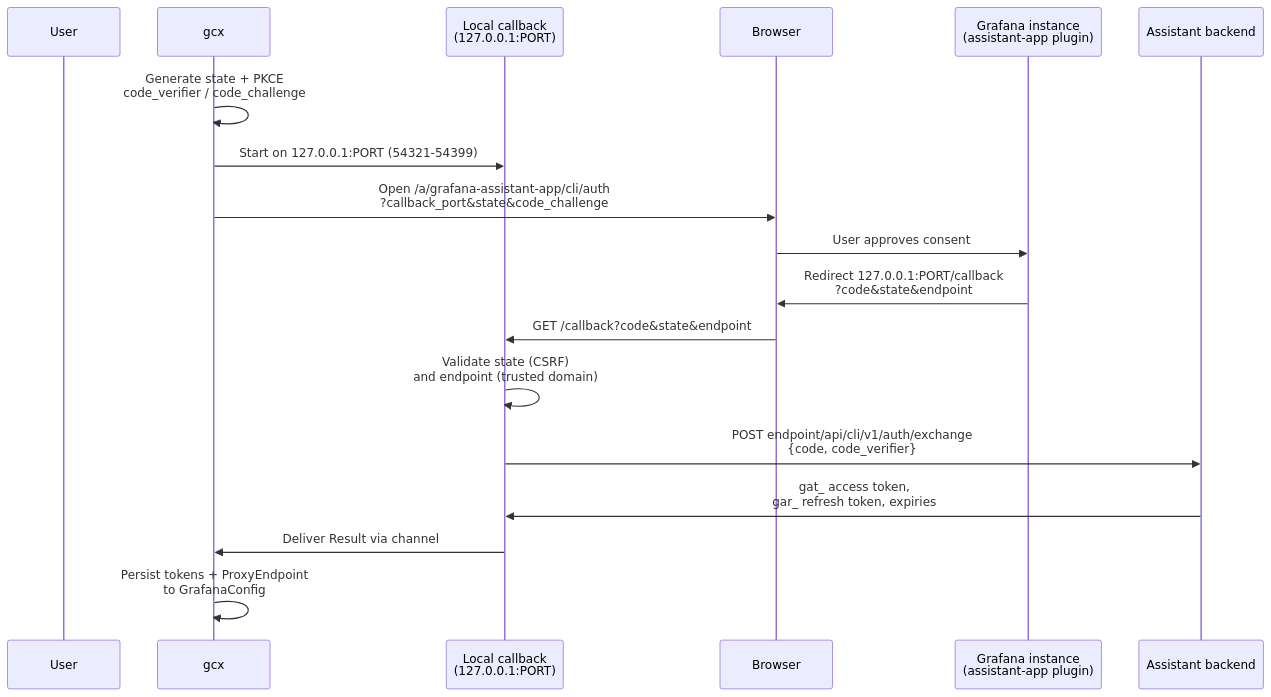
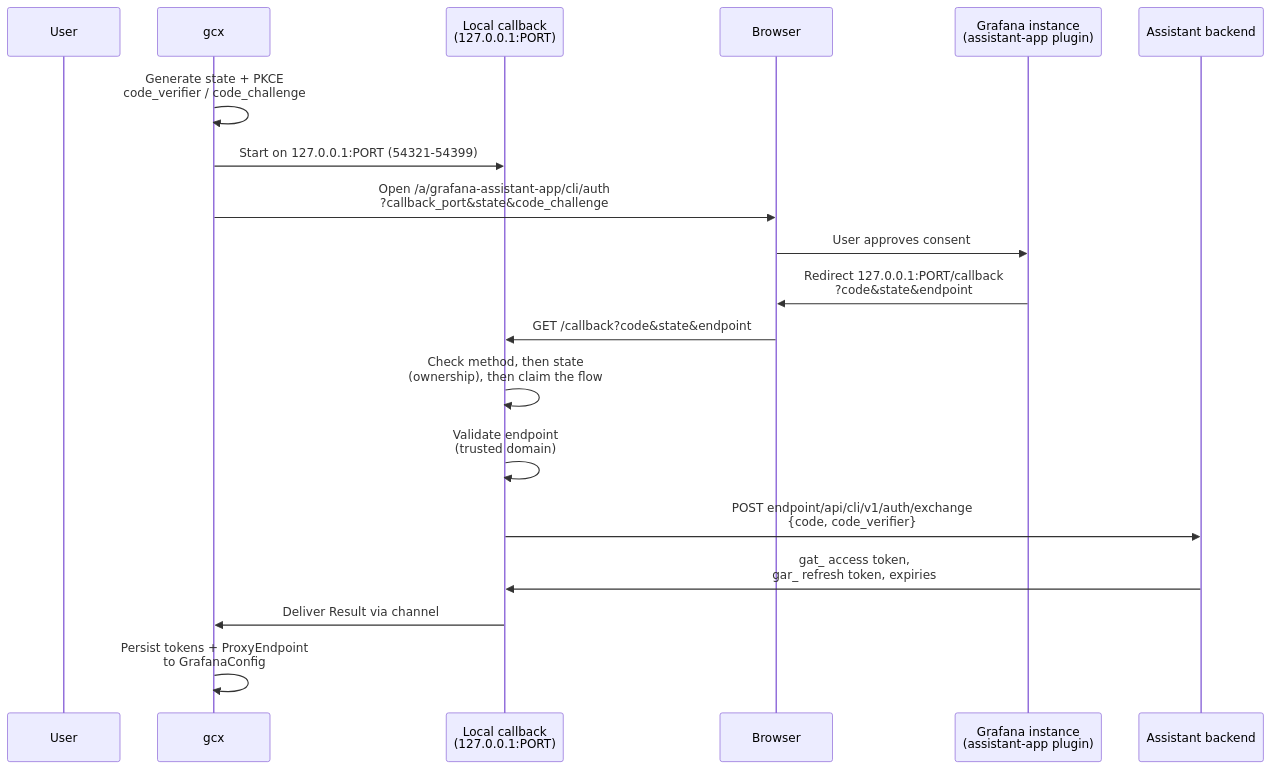
One commit to grafana/gcx changed the second of 3 diagrams in docs/architecture/auth-system.md. Above: the diagram before and after it, drawn with Mermaid. The commit also changed other lines of this file and 9 other files, not shown here.

````diff
--- a/docs/architecture/auth-system.md
+++ b/docs/architecture/auth-system.md
@@ -197,21 +197,22 @@
 ```mermaid
 sequenceDiagram
     participant User
     participant gcx
     participant Callback as Local callback<br/>(127.0.0.1:PORT)
     participant Browser
     participant Grafana as Grafana instance<br/>(assistant-app plugin)
     participant Backend as Assistant backend
 
     gcx->>gcx: Generate state + PKCE<br/>code_verifier / code_challenge
     gcx->>Callback: Start on 127.0.0.1:PORT (54321-54399)
     gcx->>Browser: Open /a/grafana-assistant-app/cli/auth<br/>?callback_port&state&code_challenge
     Browser->>Grafana: User approves consent
     Grafana->>Browser: Redirect 127.0.0.1:PORT/callback<br/>?code&state&endpoint
     Browser->>Callback: GET /callback?code&state&endpoint
-    Callback->>Callback: Validate state (CSRF)<br/>and endpoint (trusted domain)
+    Callback->>Callback: Check method, then state<br/>(ownership), then claim the flow
+    Callback->>Callback: Validate endpoint<br/>(trusted domain)
     Callback->>Backend: POST endpoint/api/cli/v1/auth/exchange<br/>{code, code_verifier}
     Backend->>Callback: gat_ access token,<br/>gar_ refresh token, expiries
     Callback->>gcx: Deliver Result via channel
     gcx->>gcx: Persist tokens + ProxyEndpoint<br/>to GrafanaConfig
 ```
````
